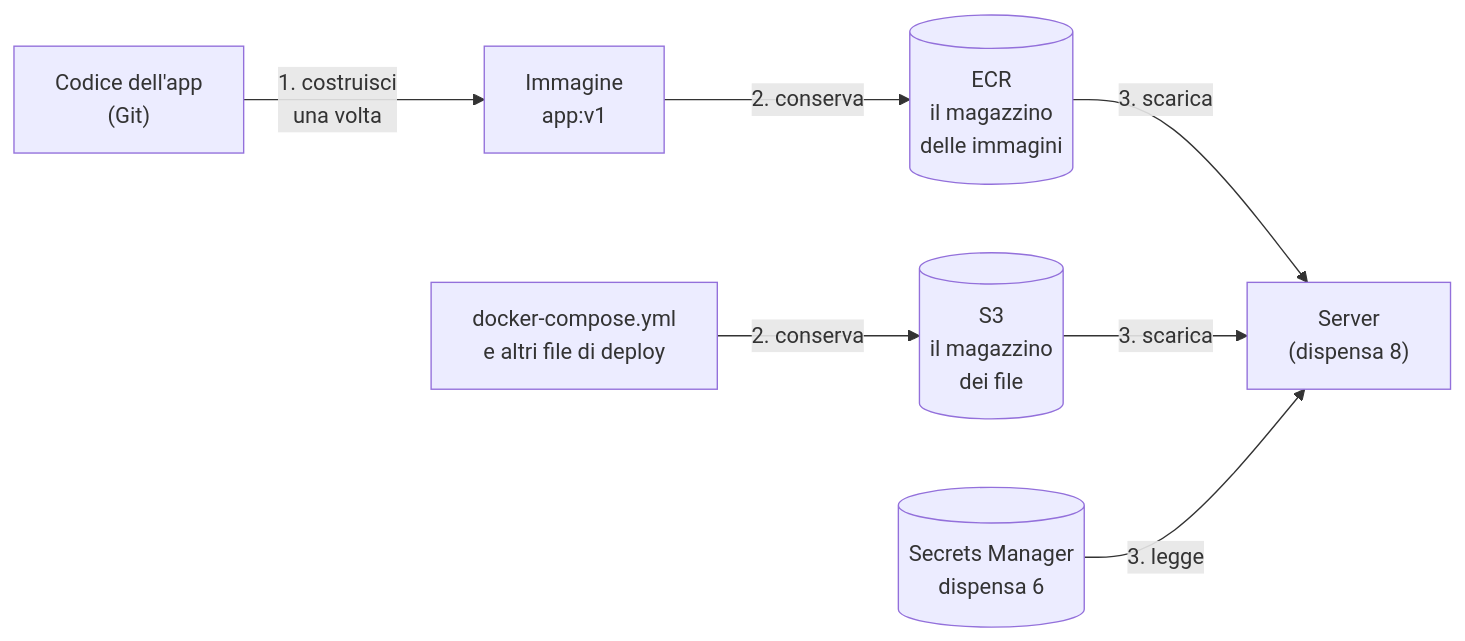
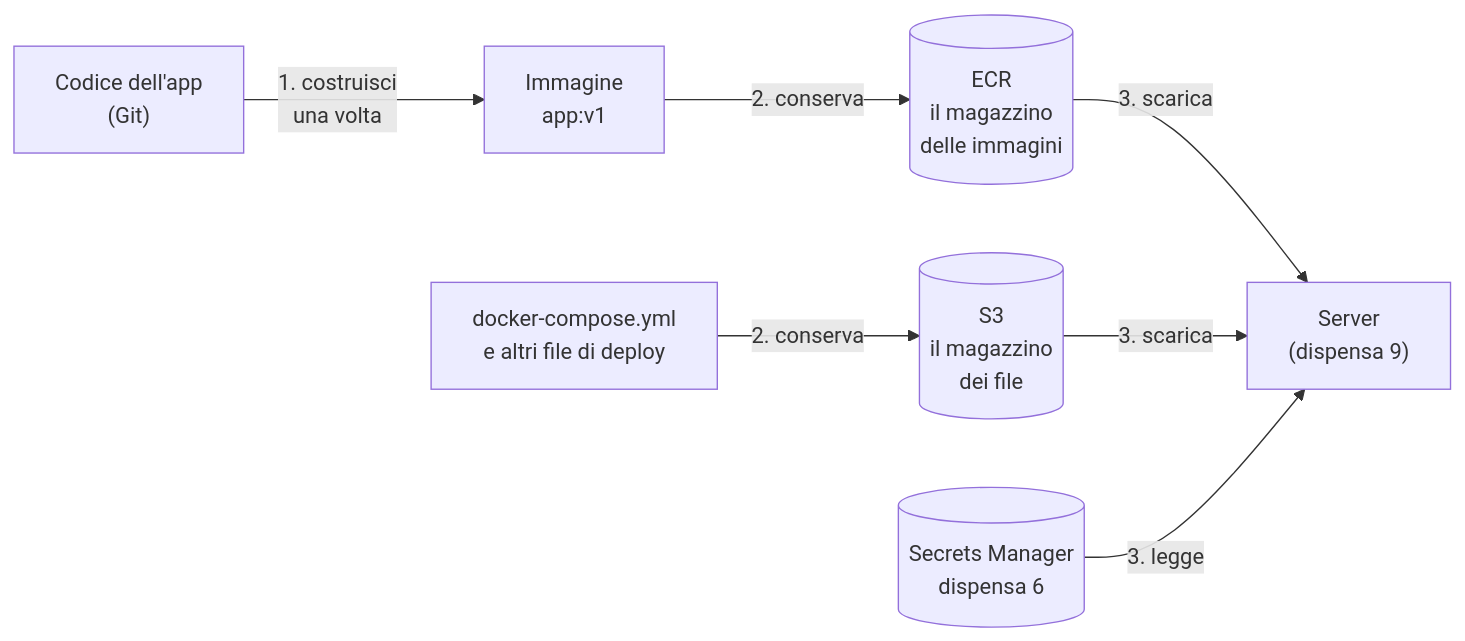
One commit to cereZ23/aws changed the first of 3 diagrams in dispense/dispensa-7-ecr-s3.md. Above: the diagram before and after it, drawn with Mermaid. The commit also changed other lines of this file and 12 other files, not shown here.

````diff
--- a/dispense/dispensa-7-ecr-s3.md
+++ b/dispense/dispensa-7-ecr-s3.md
@@ -41,9 +41,9 @@
 ```mermaid
 flowchart LR
     DEV["Codice dell'app<br/>(Git)"] -->|"1. costruisci<br/>una volta"| IMG["Immagine<br/>app:v1"]
     IMG -->|"2. conserva"| ECR[("ECR<br/>il magazzino<br/>delle immagini")]
     CFG["docker-compose.yml<br/>e altri file di deploy"] -->|"2. conserva"| S3[("S3<br/>il magazzino<br/>dei file")]
-    ECR -->|"3. scarica"| SRV["Server<br/>(dispensa 8)"]
+    ECR -->|"3. scarica"| SRV["Server<br/>(dispensa 9)"]
     S3 -->|"3. scarica"| SRV
     SM[("Secrets Manager<br/>dispensa 6")] -->|"3. legge"| SRV
 ```
````
